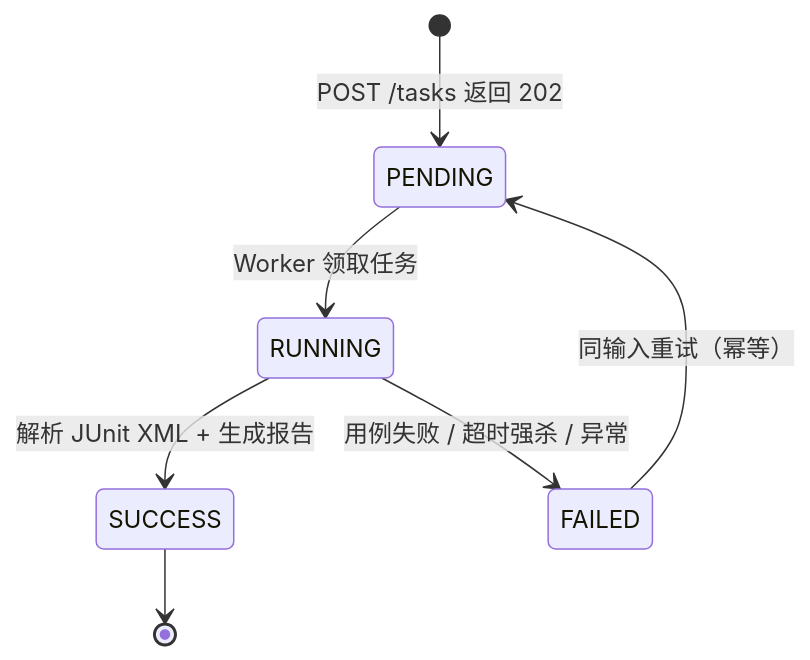
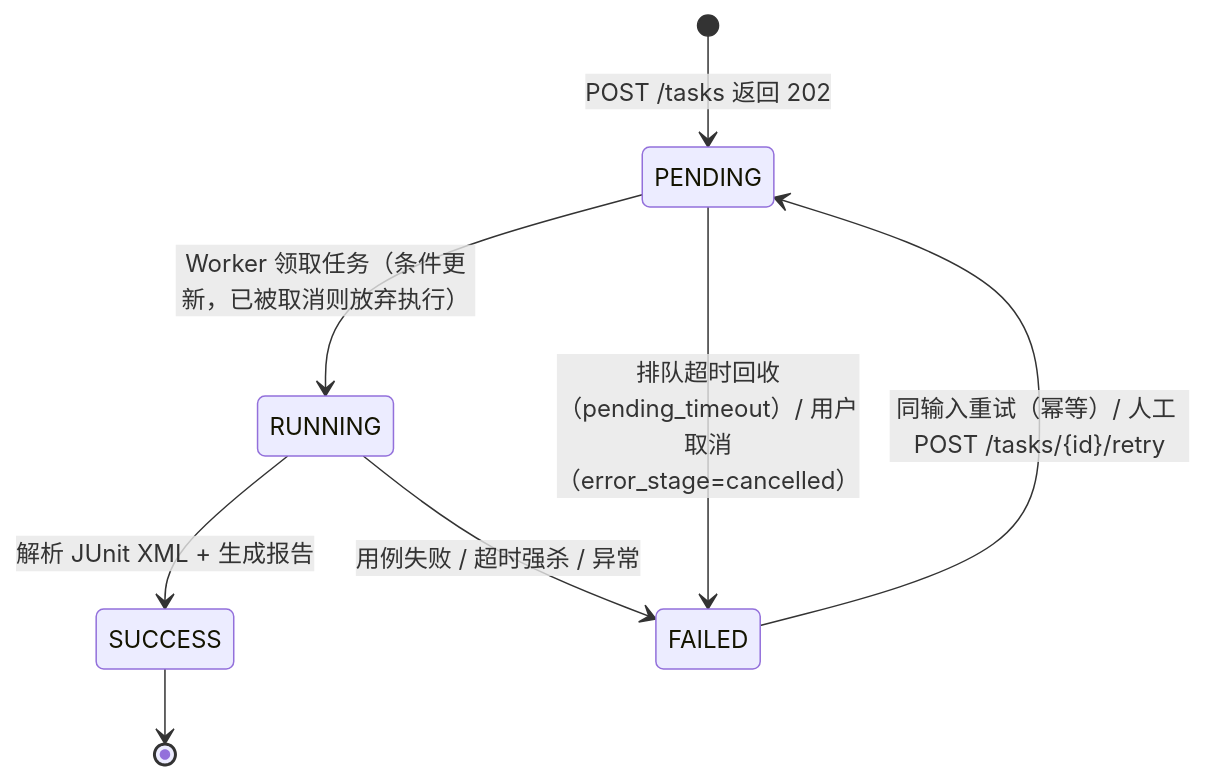
Before and after one commit to Testamentt/ApiTestPlatform_Backend: the second of 2 diagrams in README.md, drawn with Mermaid. The commit also changed other lines of this file, not shown here.

````diff
--- a/README.md
+++ b/README.md
@@ -108,9 +112,10 @@
 ```mermaid
 stateDiagram-v2
     [*] --> PENDING: POST /tasks 返回 202
-    PENDING --> RUNNING: Worker 领取任务
+    PENDING --> RUNNING: Worker 领取任务（条件更新，已被取消则放弃执行）
     RUNNING --> SUCCESS: 解析 JUnit XML + 生成报告
     RUNNING --> FAILED: 用例失败 / 超时强杀 / 异常
-    FAILED --> PENDING: 同输入重试（幂等）
+    PENDING --> FAILED: 排队超时回收（pending_timeout）/ 用户取消（error_stage=cancelled）
+    FAILED --> PENDING: 同输入重试（幂等）/ 人工 POST /tasks/{id}/retry
     SUCCESS --> [*]
 ```
````
